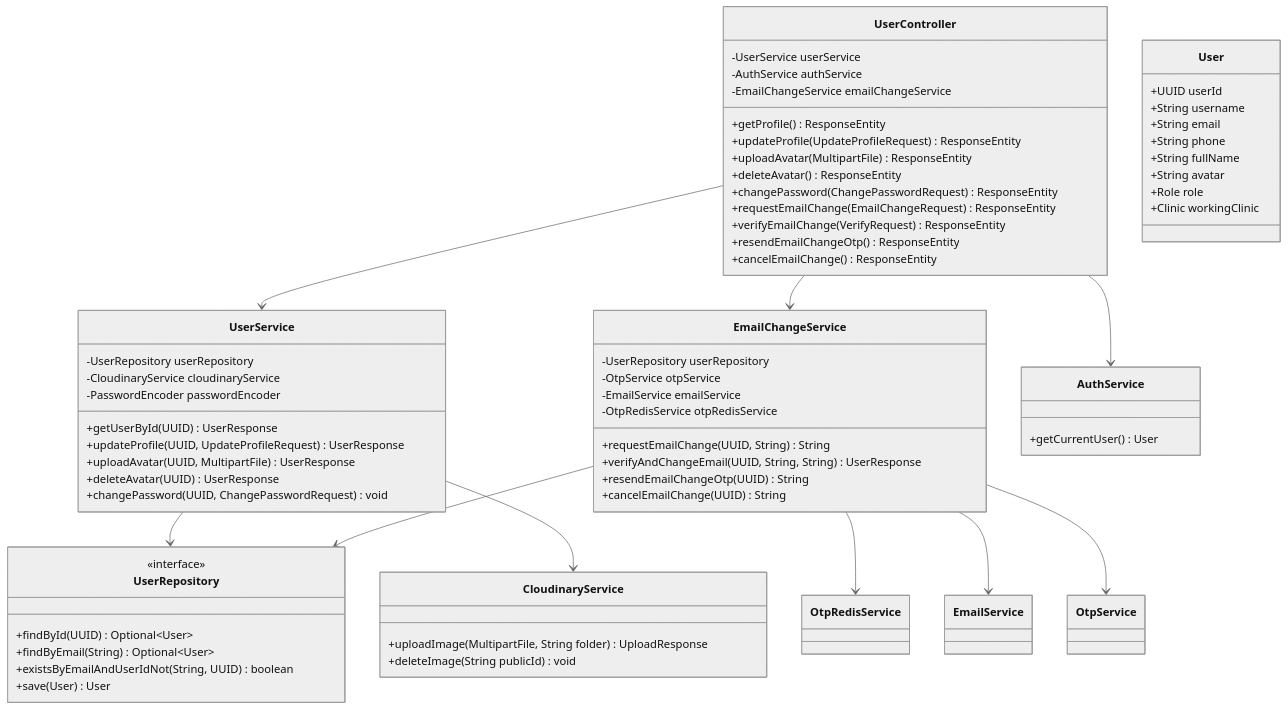
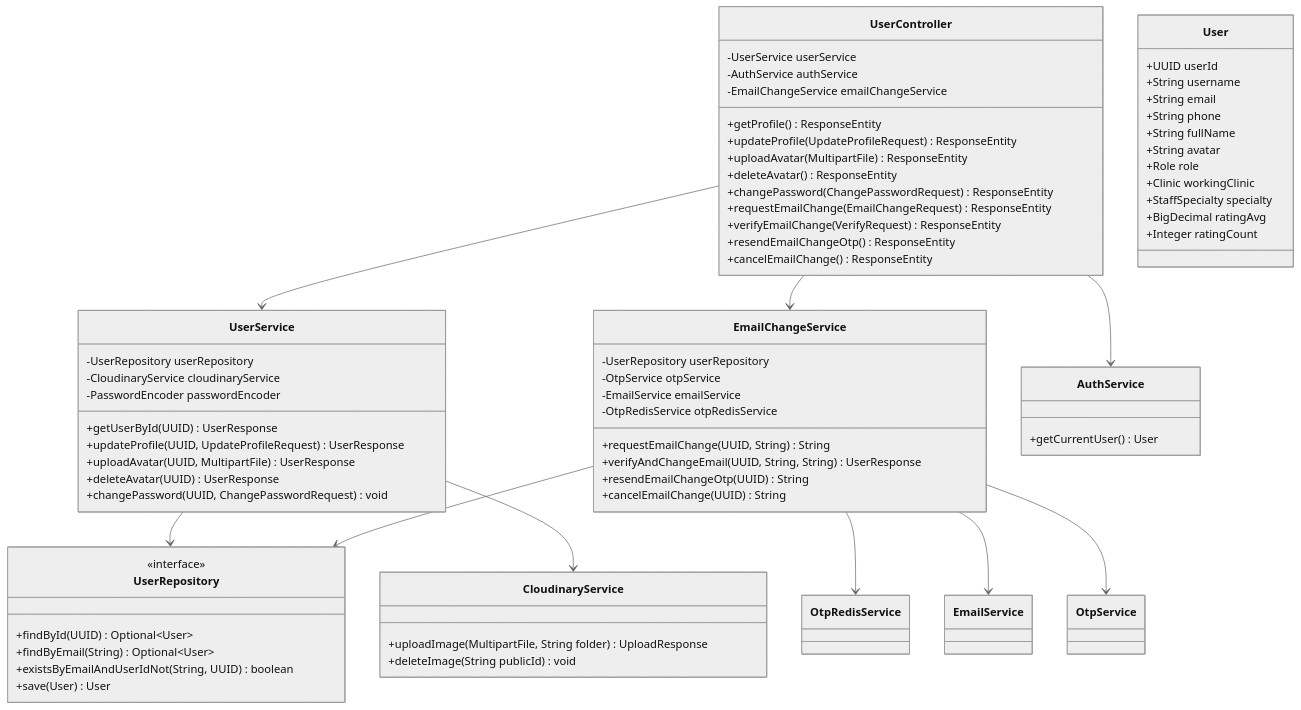
One commit to espresso23/Petties-Veterinary-Appointment-Booking-Platform changed diagram 12 of 41 in docs-references/documentation/SDD/REPORT_4_SDD_SYSTEM_DESIGN.md. Above: the diagram before and after it, drawn with Mermaid (neutral theme). The commit also changed other lines of this file and 9 other files, not shown here.

````diff
--- a/docs-references/documentation/SDD/REPORT_4_SDD_SYSTEM_DESIGN.md
+++ b/docs-references/documentation/SDD/REPORT_4_SDD_SYSTEM_DESIGN.md
@@ -1374,77 +1377,80 @@
 ```mermaid
 classDiagram
     class UserController {
         -UserService userService
         -AuthService authService
         -EmailChangeService emailChangeService
         +getProfile() ResponseEntity
         +updateProfile(UpdateProfileRequest) ResponseEntity
         +uploadAvatar(MultipartFile) ResponseEntity
         +deleteAvatar() ResponseEntity
         +changePassword(ChangePasswordRequest) ResponseEntity
         +requestEmailChange(EmailChangeRequest) ResponseEntity
         +verifyEmailChange(VerifyRequest) ResponseEntity
         +resendEmailChangeOtp() ResponseEntity
         +cancelEmailChange() ResponseEntity
     }
 
     class UserService {
         -UserRepository userRepository
         -CloudinaryService cloudinaryService
         -PasswordEncoder passwordEncoder
         +getUserById(UUID) UserResponse
         +updateProfile(UUID, UpdateProfileRequest) UserResponse
         +uploadAvatar(UUID, MultipartFile) UserResponse
         +deleteAvatar(UUID) UserResponse
         +changePassword(UUID, ChangePasswordRequest) void
     }
 
     class EmailChangeService {
         -UserRepository userRepository
         -OtpService otpService
         -EmailService emailService
         -OtpRedisService otpRedisService
         +requestEmailChange(UUID, String) String
         +verifyAndChangeEmail(UUID, String, String) UserResponse
         +resendEmailChangeOtp(UUID) String
         +cancelEmailChange(UUID) String
     }
 
     class UserRepository {
         <<interface>>
         +findById(UUID) Optional~User~
         +findByEmail(String) Optional~User~
         +existsByEmailAndUserIdNot(String, UUID) boolean
         +save(User) User
     }
 
     class User {
         +UUID userId
         +String username
         +String email
         +String phone
         +String fullName
         +String avatar
         +Role role
         +Clinic workingClinic
+        +StaffSpecialty specialty
+        +BigDecimal ratingAvg
+        +Integer ratingCount
     }
 
     class AuthService {
         +getCurrentUser() User
     }
 
     class CloudinaryService {
         +uploadImage(MultipartFile, String folder) UploadResponse
         +deleteImage(String publicId) void
     }
 
     UserController --> UserService
     UserController --> AuthService
     UserController --> EmailChangeService
     UserService --> UserRepository
     UserService --> CloudinaryService
     EmailChangeService --> UserRepository
     EmailChangeService --> OtpRedisService
     EmailChangeService --> EmailService
     EmailChangeService --> OtpService
 ```
````
